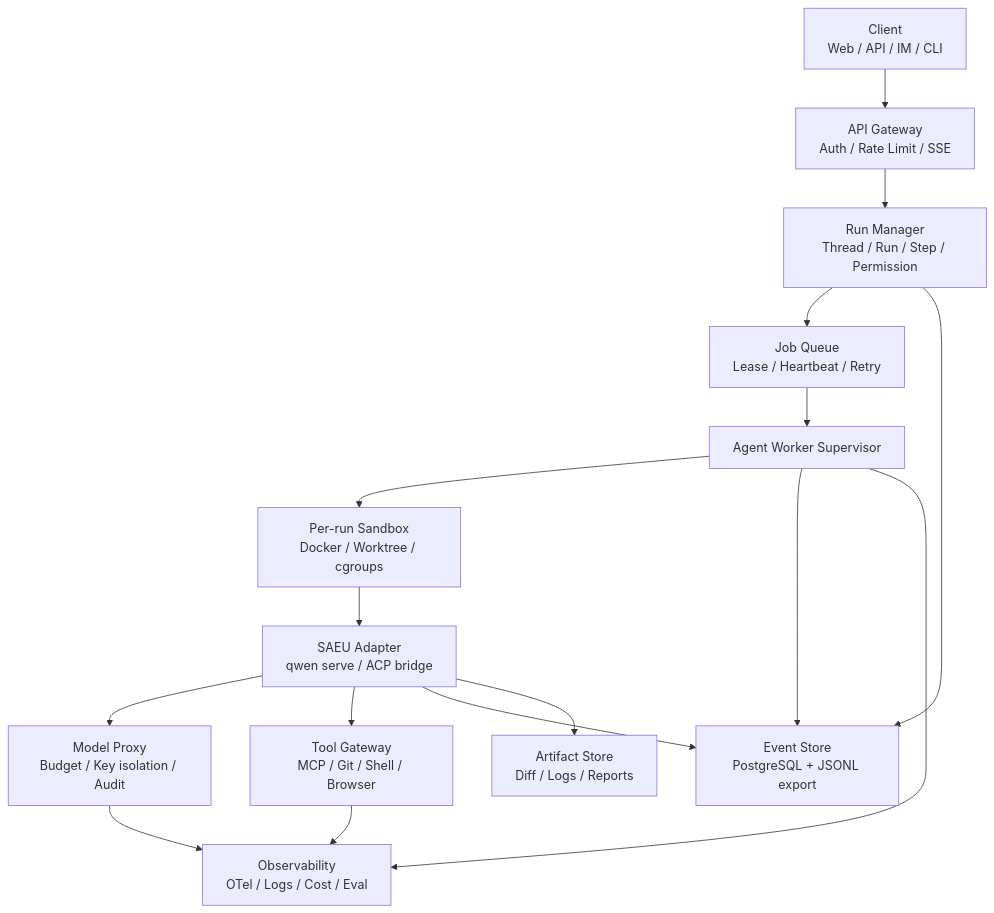
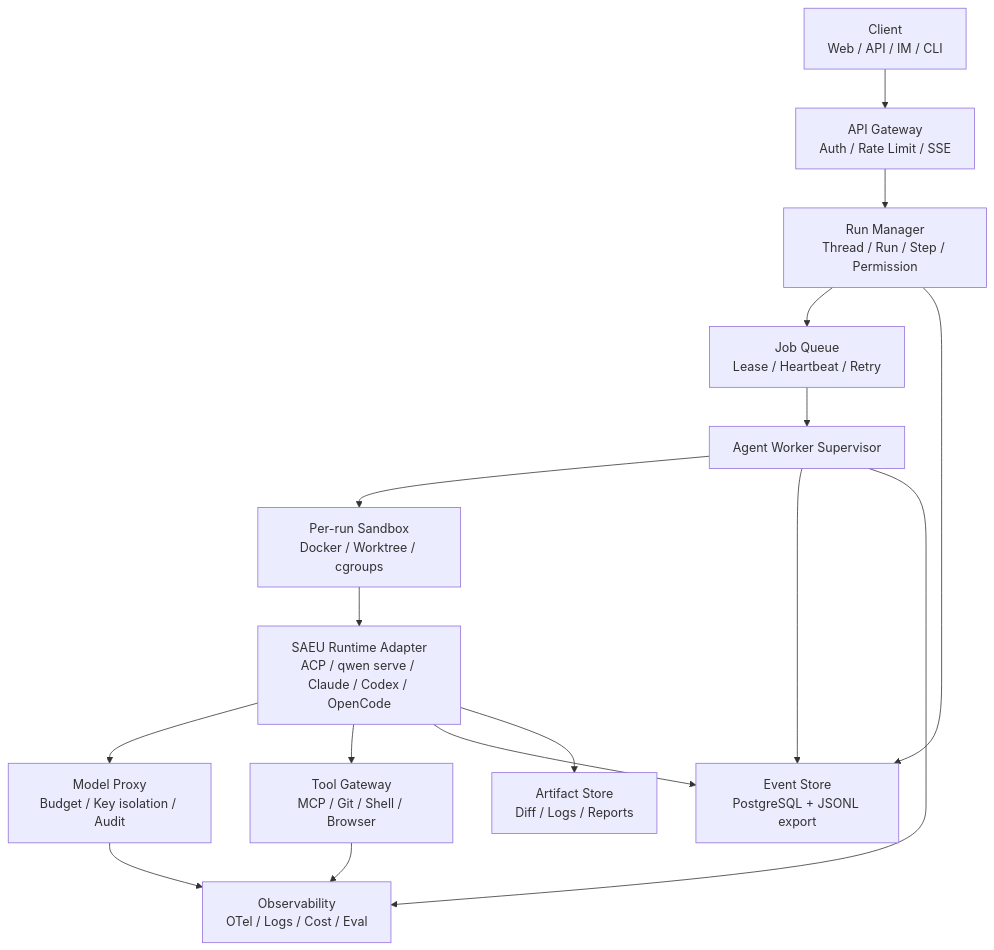
Before and after one commit to chiga0/agent-flow: the diagram in docs/implementation/index.md, drawn with Mermaid. The commit also changed other lines of this file and 14 other files, not shown here.

````diff
--- a/docs/implementation/index.md
+++ b/docs/implementation/index.md
@@ -49,31 +49,31 @@
 ```mermaid
 flowchart TB
     Client["Client<br/>Web / API / IM / CLI"]
     Gateway["API Gateway<br/>Auth / Rate Limit / SSE"]
     Control["Run Manager<br/>Thread / Run / Step / Permission"]
     Queue["Job Queue<br/>Lease / Heartbeat / Retry"]
     Worker["Agent Worker Supervisor"]
     Sandbox["Per-run Sandbox<br/>Docker / Worktree / cgroups"]
-    Agent["SAEU Adapter<br/>qwen serve / ACP bridge"]
+    Agent["SAEU Runtime Adapter<br/>ACP / qwen serve / Claude / Codex / OpenCode"]
     ModelProxy["Model Proxy<br/>Budget / Key isolation / Audit"]
     Tools["Tool Gateway<br/>MCP / Git / Shell / Browser"]
     EventStore["Event Store<br/>PostgreSQL + JSONL export"]
     Artifacts["Artifact Store<br/>Diff / Logs / Reports"]
     Observe["Observability<br/>OTel / Logs / Cost / Eval"]
 
     Client --> Gateway
     Gateway --> Control
     Control --> Queue
     Queue --> Worker
     Worker --> Sandbox
     Sandbox --> Agent
     Agent --> ModelProxy
     Agent --> Tools
     Control --> EventStore
     Worker --> EventStore
     Agent --> EventStore
     Agent --> Artifacts
     Worker --> Observe
     ModelProxy --> Observe
     Tools --> Observe
 ```
````
